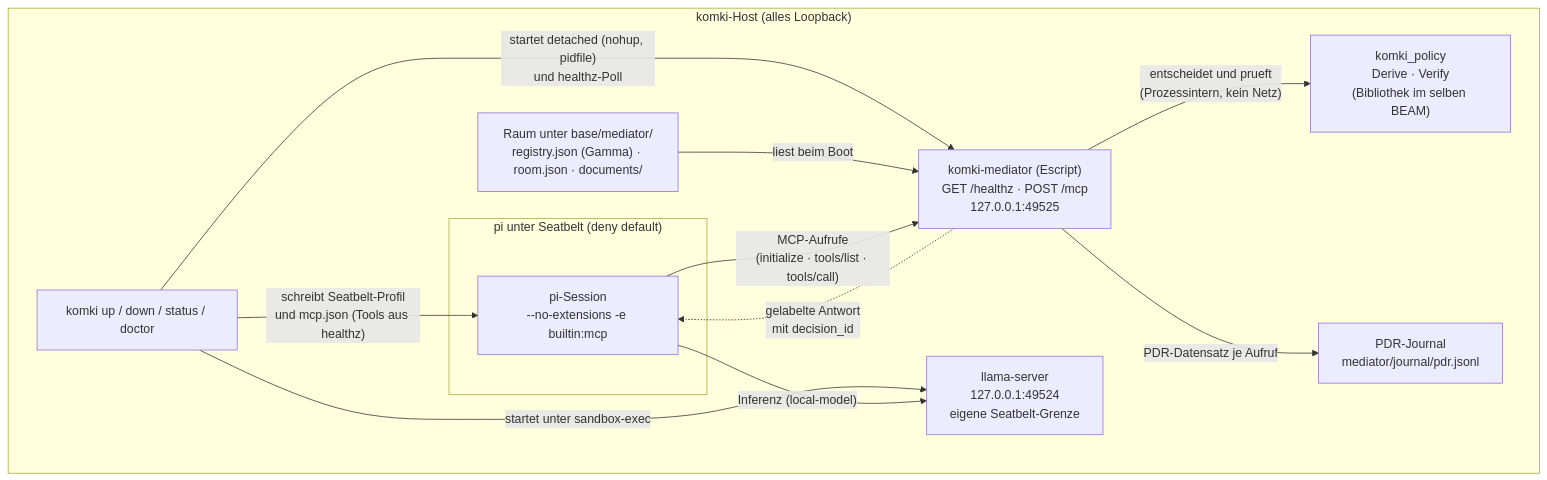
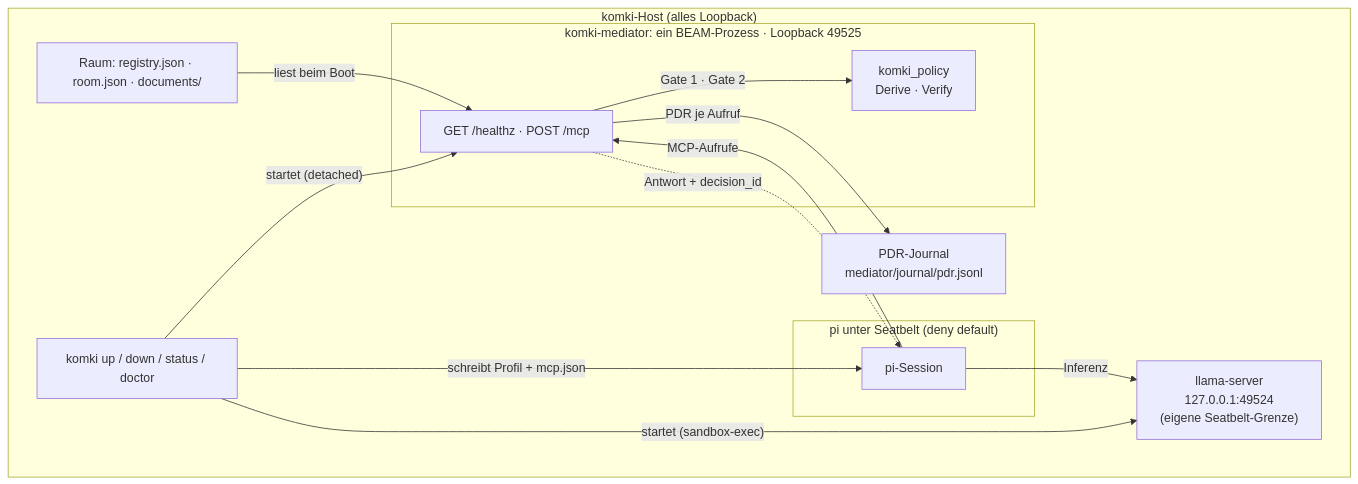
One commit to croesnick/kommunalpolitik_ki changed the first of 2 diagrams in apps/komki_mediator/README.md. Above: the diagram before and after it, drawn with Mermaid. The commit also changed other lines of this file, not shown here.

Commit message:
docs(komki_mediator): Mermaid-Diagramme vision-geprueft optimieren (Ticket #102)
Beide Architektur-Diagramme lokal mit mermaid@11 gerendert (gleiche
Major-Version wie GitHub) und von einem Vision-Agenten auf
Uebersichtlichkeit bewertet; zwei Runden bis zum sauberen Urteil.

Flowchart: einzeilige Kurzlabels statt zweizeiliger Kleinbeschriftung,
komki_policy in den Vermittler-Subgraphen gerueckt (ein BEAM-Prozess —
entspricht der Architektur), pi-Knoten entschlaeckt, Kreuzungen am
pi-Subgraph aufgeloest. Sequenzdiagramm: Selbstnachricht gekuerzt, keine
Text/Pfeil-Ueberlappung mehr. Verbleibende Vision-Befunde sind rein
kosmetisch; die Umlaut-Ersatzschreibung ist bewusster Datei-Stil.

````diff
--- a/apps/komki_mediator/README.md
+++ b/apps/komki_mediator/README.md
@@ -54,24 +54,26 @@
 ```mermaid
 flowchart TB
     subgraph host["komki-Host (alles Loopback)"]
         CLI["komki up / down / status / doctor"]
-        LL["llama-server<br/>127.0.0.1:49524<br/>eigene Seatbelt-Grenze"]
-        MED["komki-mediator (Escript)<br/>GET /healthz · POST /mcp<br/>127.0.0.1:49525"]
-        KOMKI_POLICY["komki_policy<br/>Derive · Verify<br/>(Bibliothek im selben BEAM)"]
+        RAUM["Raum: registry.json · room.json · documents/"]
+        LL["llama-server<br/>127.0.0.1:49524<br/>(eigene Seatbelt-Grenze)"]
+        subgraph SB["pi unter Seatbelt (deny default)"]
+            PI["pi-Session"]
+        end
+        subgraph MEDBOX["komki-mediator: ein BEAM-Prozess · Loopback 49525"]
+            MED["GET /healthz · POST /mcp"]
+            KOMKI_POLICY["komki_policy<br/>Derive · Verify"]
+        end
         JOURNAL["PDR-Journal<br/>mediator/journal/pdr.jsonl"]
-        RAUM["Raum unter base/mediator/<br/>registry.json (Gamma) · room.json · documents/"]
-        subgraph SB["pi unter Seatbelt (deny default)"]
-            PI["pi-Session<br/>--no-extensions -e builtin:mcp"]
-        end
     end
 
-    CLI -- "startet detached (nohup, pidfile)<br/>und healthz-Poll" --> MED
-    CLI -- "startet unter sandbox-exec" --> LL
-    CLI -- "schreibt Seatbelt-Profil<br/>und mcp.json (Tools aus healthz)" --> PI
+    CLI -- "startet (detached)" --> MED
+    CLI -- "startet (sandbox-exec)" --> LL
+    CLI -- "schreibt Profil + mcp.json" --> PI
     RAUM -- "liest beim Boot" --> MED
-    PI -- "MCP-Aufrufe<br/>(initialize · tools/list · tools/call)" --> MED
-    PI -- "Inferenz (local-model)" --> LL
-    MED -- "entscheidet und prueft<br/>(Prozessintern, kein Netz)" --> KOMKI_POLICY
-    MED -- "PDR-Datensatz je Aufruf" --> JOURNAL
-    MED -. "gelabelte Antwort<br/>mit decision_id" .-> PI
+    PI -- "MCP-Aufrufe" --> MED
+    PI -- "Inferenz" --> LL
+    MED -- "Gate 1 · Gate 2" --> KOMKI_POLICY
+    MED -- "PDR je Aufruf" --> JOURNAL
+    MED -. "Antwort + decision_id" .-> PI
 ```
````
